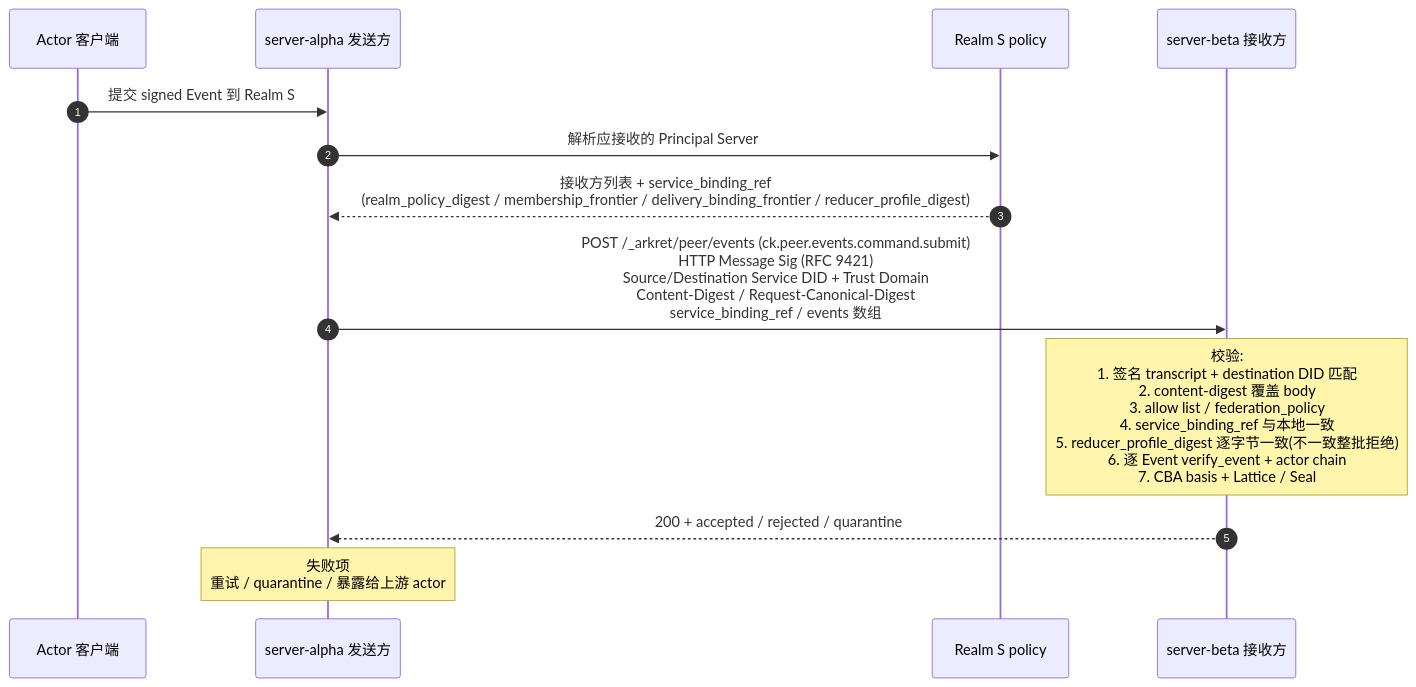
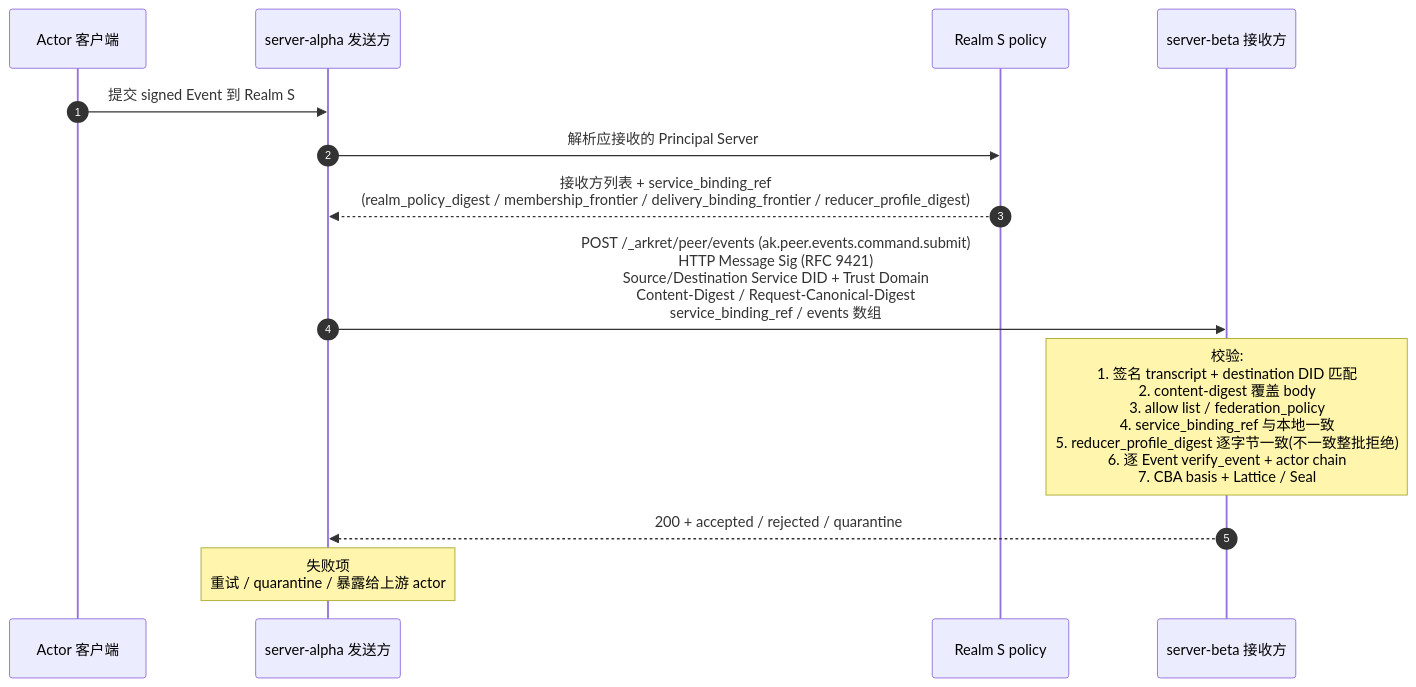
Before and after one commit to arkret-org/arkret-spec: the diagram in spec/v1/zh/sync/federation.md, drawn with Mermaid. The commit also changed other lines of this file and 255 other files, not shown here.

````diff
--- a/spec/v1/zh/sync/federation.md
+++ b/spec/v1/zh/sync/federation.md
@@ -427,16 +427,16 @@
 ```mermaid
 sequenceDiagram
     autonumber
     participant Cli as Actor 客户端
     participant Alpha as server-alpha 发送方
     participant Pol as Realm S policy
     participant Beta as server-beta 接收方
 
     Cli->>Alpha: 提交 signed Event 到 Realm S
     Alpha->>Pol: 解析应接收的 Principal Server
     Pol-->>Alpha: 接收方列表 + service_binding_ref<br>(realm_policy_digest / membership_frontier / delivery_binding_frontier / reducer_profile_digest)
-    Alpha->>Beta: POST /_arkret/peer/events (ck.peer.events.command.submit)<br>HTTP Message Sig (RFC 9421)<br>Source/Destination Service DID + Trust Domain<br>Content-Digest / Request-Canonical-Digest<br>service_binding_ref / events 数组
+    Alpha->>Beta: POST /_arkret/peer/events (ak.peer.events.command.submit)<br>HTTP Message Sig (RFC 9421)<br>Source/Destination Service DID + Trust Domain<br>Content-Digest / Request-Canonical-Digest<br>service_binding_ref / events 数组
     note over Beta: 校验:<br>1. 签名 transcript + destination DID 匹配<br>2. content-digest 覆盖 body<br>3. allow list / federation_policy<br>4. service_binding_ref 与本地一致<br>5. reducer_profile_digest 逐字节一致(不一致整批拒绝)<br>6. 逐 Event verify_event + actor chain<br>7. CBA basis + Lattice / Seal
     Beta-->>Alpha: 200 + accepted / rejected / quarantine
     note over Alpha: 失败项<br>重试 / quarantine / 暴露给上游 actor
 ```
````
